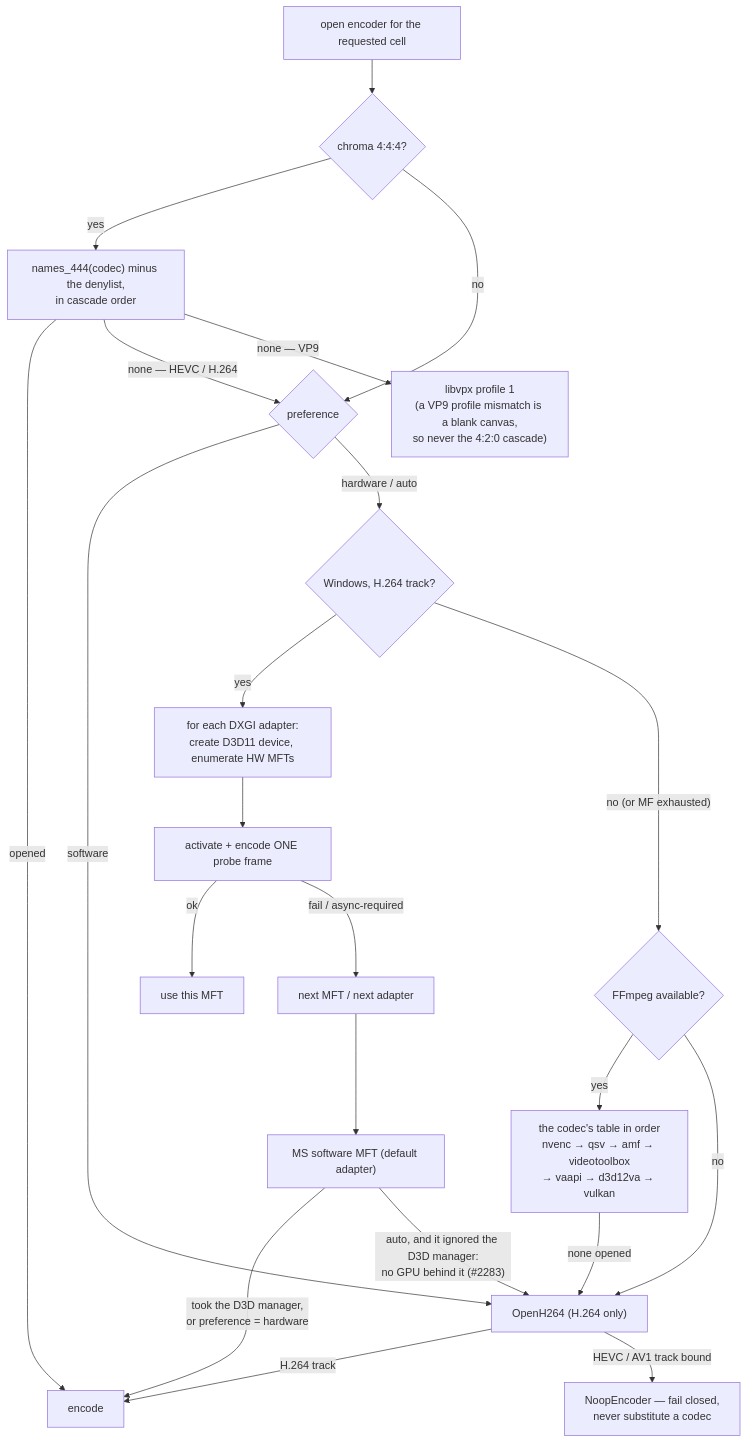
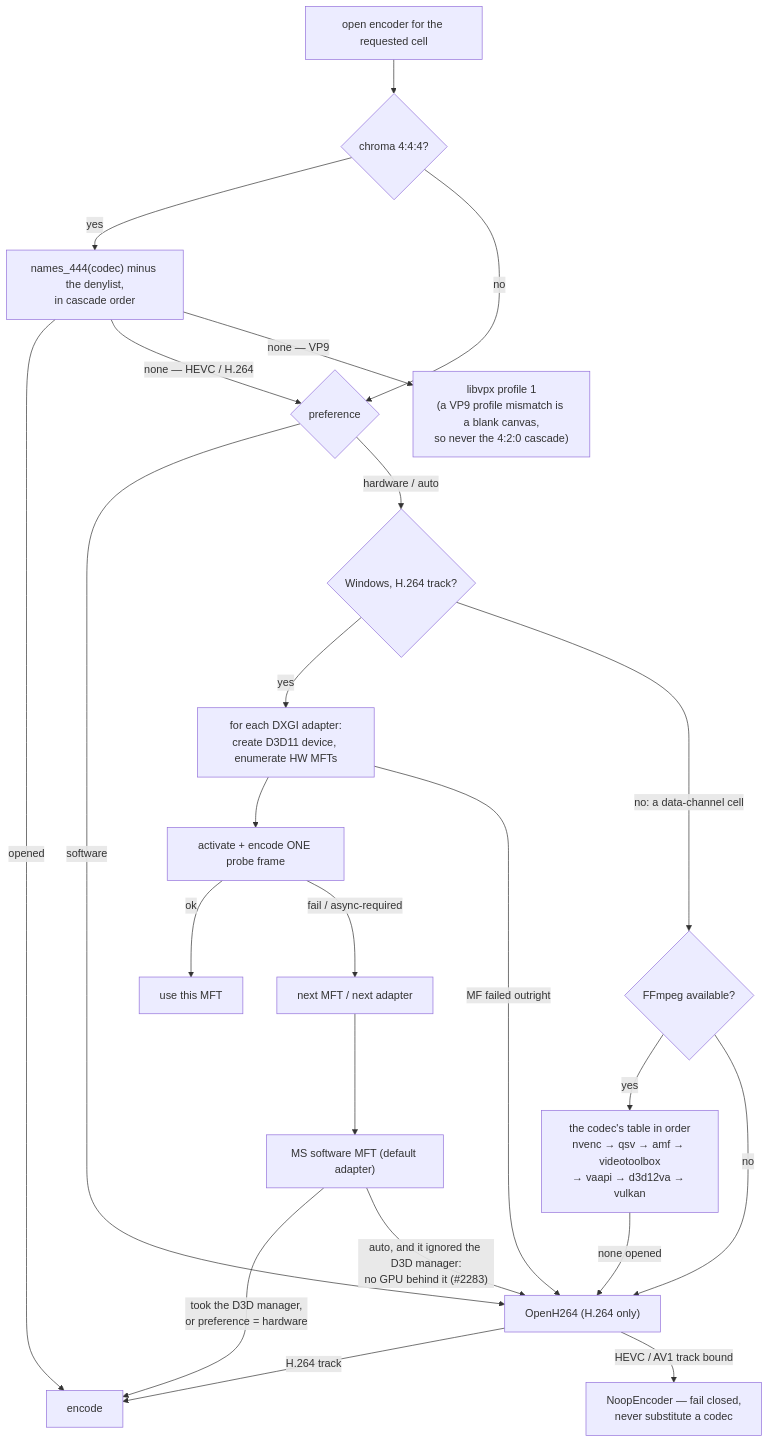
Before and after one commit to gjovanov/roomler-ai: the fourth of 12 diagrams in docs/encoders.md, drawn with Mermaid. The commit also changed other lines of this file and 10 other files, not shown here.

````diff
--- a/docs/encoders.md
+++ b/docs/encoders.md
@@ -365,24 +365,25 @@
 ```mermaid
 flowchart TB
     START["open encoder for the requested cell"] --> C444{chroma 4:4:4?}
     C444 -->|yes| N444["names_444(codec) minus the denylist,<br/>in cascade order"]
     N444 -->|opened| OK["encode"]
     N444 -->|"none — HEVC / H.264"| PREF
     N444 -->|"none — VP9"| VPX["libvpx profile 1<br/>(a VP9 profile mismatch is a blank canvas,<br/>so never the 4:2:0 cascade)"]
     C444 -->|no| PREF{"preference"}
     PREF -->|software| SW["OpenH264 (H.264 only)"]
     PREF -->|hardware / auto| MFQ{"Windows, H.264 track?"}
     MFQ -->|yes| ADP["for each DXGI adapter:<br/>create D3D11 device, enumerate HW MFTs"]
     ADP --> PROBE["activate + encode ONE probe frame"]
     PROBE -->|ok| USE["use this MFT"]
     PROBE -->|"fail / async-required"| NEXT["next MFT / next adapter"]
     NEXT --> SWMFT["MS software MFT (default adapter)"]
     SWMFT -->|"took the D3D manager,<br/>or preference = hardware"| OK
     SWMFT -->|"auto, and it ignored the D3D manager:<br/>no GPU behind it (#2283)"| SW
-    MFQ -->|"no (or MF exhausted)"| FF{"FFmpeg available?"}
+    ADP -->|"MF failed outright"| SW
+    MFQ -->|"no: a data-channel cell"| FF{"FFmpeg available?"}
     FF -->|yes| CASC["the codec's table in order<br/>nvenc → qsv → amf → videotoolbox<br/>→ vaapi → d3d12va → vulkan"]
     FF -->|no| SW
     CASC -->|none opened| SW
     SW -->|"H.264 track"| OK
     SW -->|"HEVC / AV1 track bound"| NOOP["NoopEncoder — fail closed,<br/>never substitute a codec"]
 ```
````
